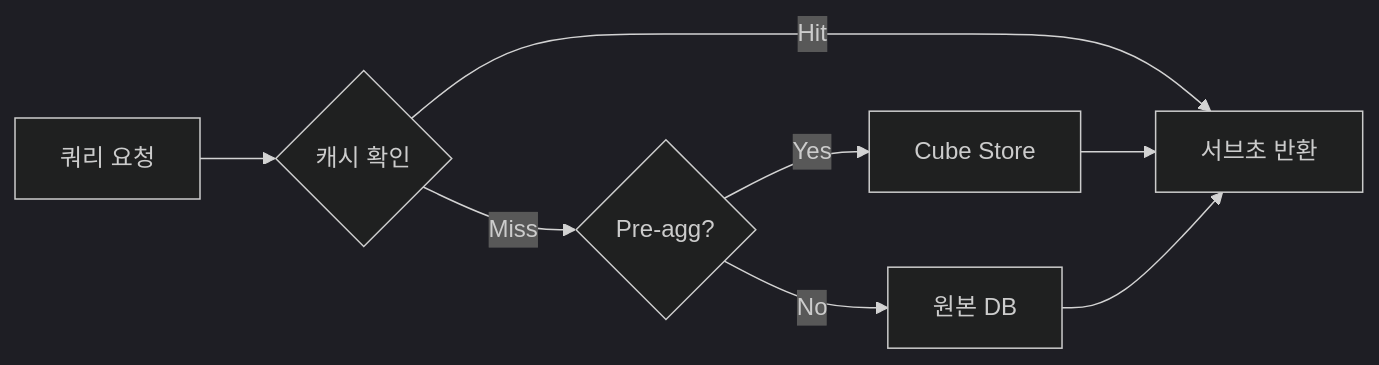
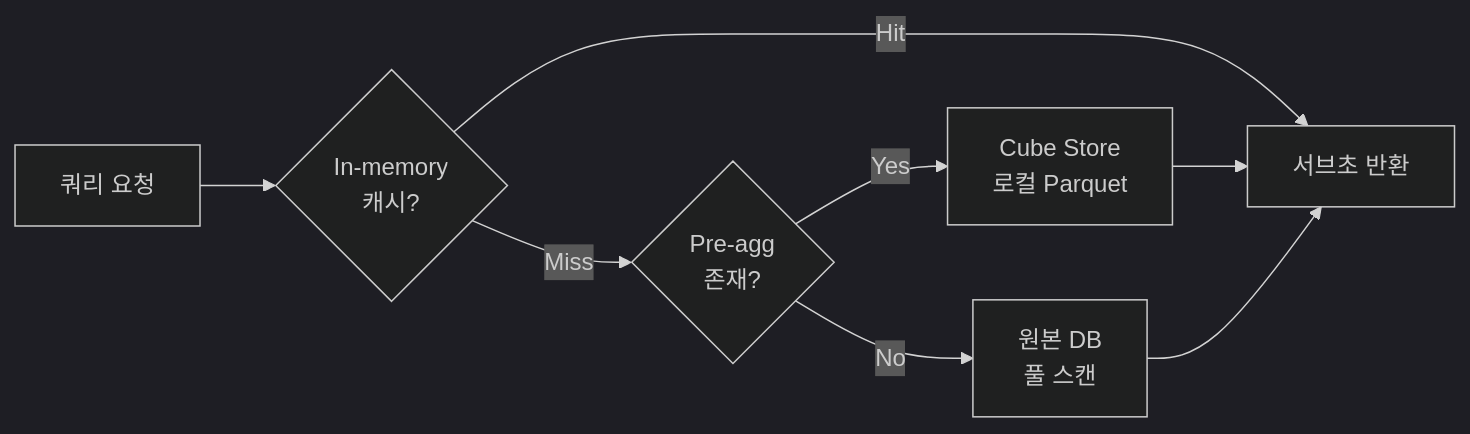
The third of 11 diagrams in docs/guide_cubejs.md (izzyLim/BIP-Pipeline), drawn with Mermaid (dark theme) before and after one commit. The commit also changed other lines of this file and 3 other files, not shown here.

````diff
--- a/docs/guide_cubejs.md
+++ b/docs/guide_cubejs.md
@@ -67,10 +196,10 @@
 ```mermaid
 flowchart LR
-    REQ[쿼리 요청] --> CHECK{캐시 확인}
+    REQ[쿼리 요청] --> CHECK{In-memory<br/>캐시?}
     CHECK -->|Hit| RET[서브초 반환]
-    CHECK -->|Miss| PA{Pre-agg?}
-    PA -->|Yes| CS[Cube Store]
-    PA -->|No| DB[원본 DB]
+    CHECK -->|Miss| PA{Pre-agg<br/>존재?}
+    PA -->|Yes| CS[Cube Store<br/>로컬 Parquet]
+    PA -->|No| DB[원본 DB<br/>풀 스캔]
     CS --> RET
     DB --> RET
 ```
````
